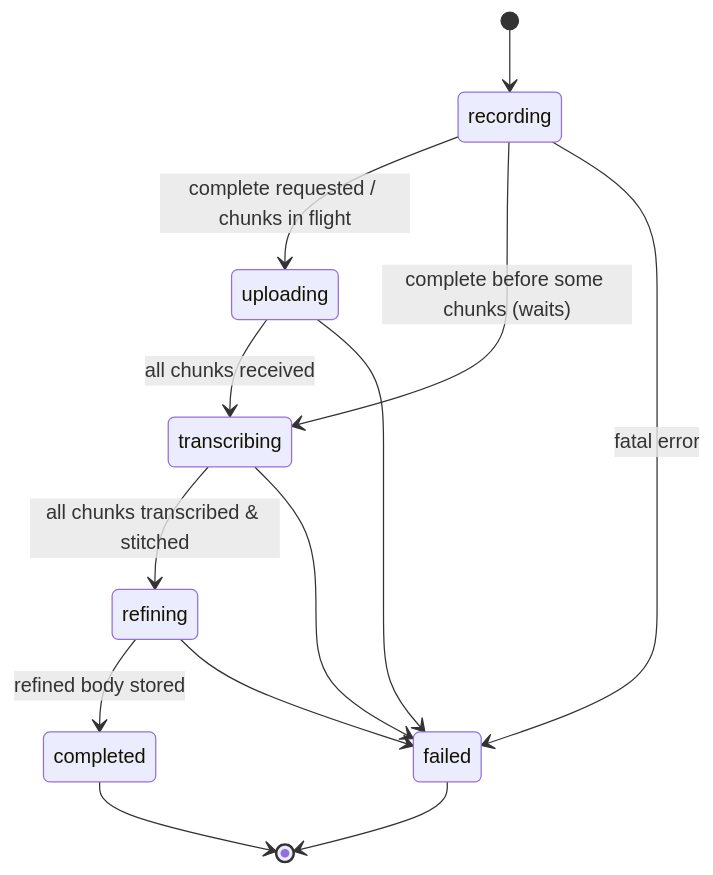
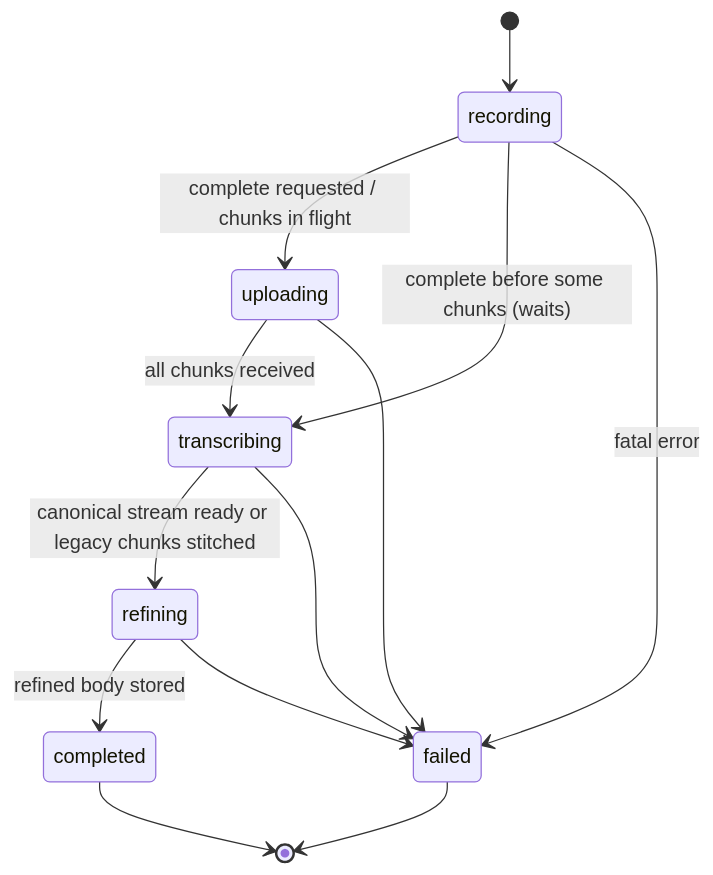
One commit to tkubica12/cot-voice-recorder changed the fourth of 5 diagrams in docs/architecture.md. Above: the diagram before and after it, drawn with Mermaid. The commit also changed other lines of this file and 43 other files, not shown here.

````diff
--- a/docs/architecture.md
+++ b/docs/architecture.md
@@ -150,15 +204,15 @@
 ```mermaid
 stateDiagram-v2
   [*] --> recording
   recording --> uploading: complete requested / chunks in flight
   uploading --> transcribing: all chunks received
   recording --> transcribing: complete before some chunks (waits)
-  transcribing --> refining: all chunks transcribed & stitched
+  transcribing --> refining: canonical stream ready or legacy chunks stitched
   refining --> completed: refined body stored
   recording --> failed: fatal error
   uploading --> failed
   transcribing --> failed
   refining --> failed
   completed --> [*]
   failed --> [*]
 ```
````
